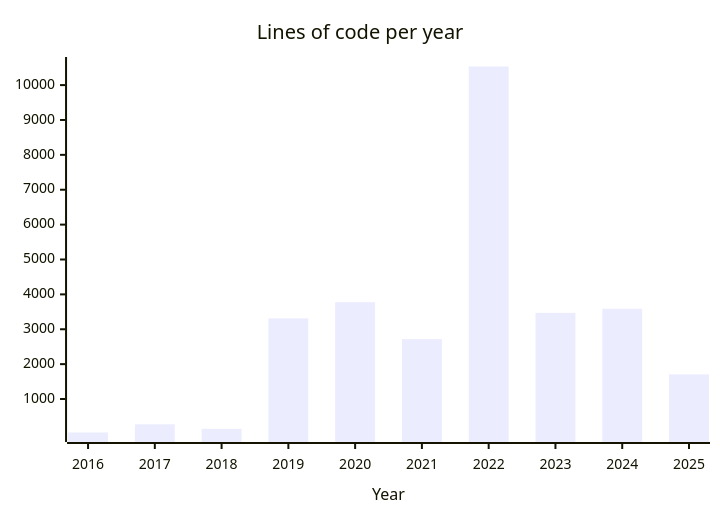
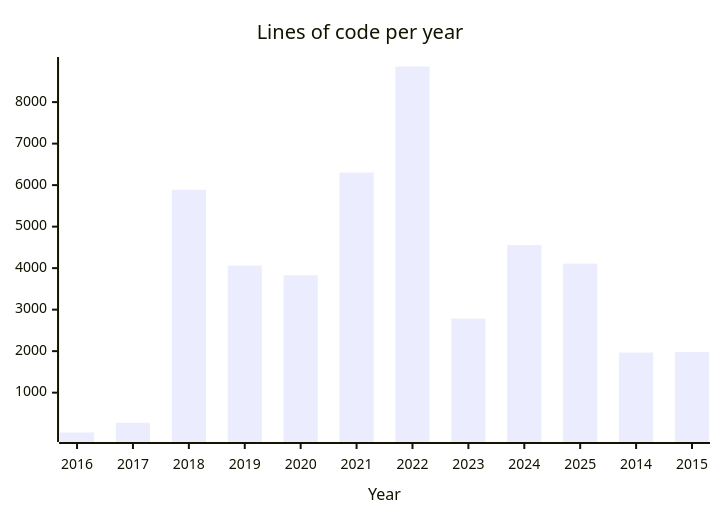
The diagram in README.md (engdan77/engdan77), drawn with Mermaid before and after one commit. The commit also changed other lines of this file and 4 other files, not shown here.

````diff
--- a/README.md
+++ b/README.md
@@ -24,6 +40,6 @@
 ```mermaid
 xychart-beta
       title "Lines of code per year"
-      x-axis "Year" [2016, 2017, 2018, 2019, 2020, 2021, 2022, 2023, 2024, 2025]
-      bar "engdan77" [40, 276, 145, 3312, 3776, 2717, 10533, 3469, 3587, 1707]
+      x-axis "Year" [2016, 2017, 2018, 2019, 2020, 2021, 2022, 2023, 2024, 2025, 2014, 2015]
+      bar "engdan77" [40, 276, 5888, 4062, 3829, 6304, 8858, 2784, 4556, 4108, 1966, 1978]
 ```
````
